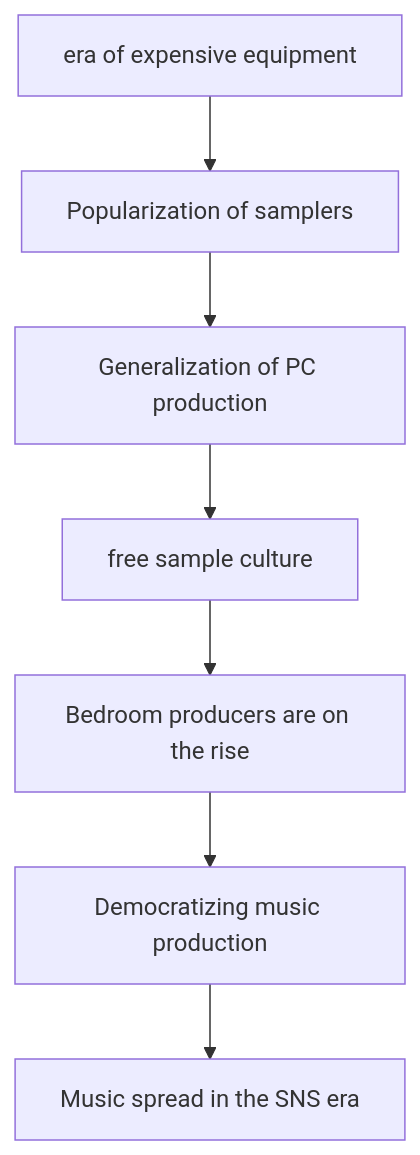
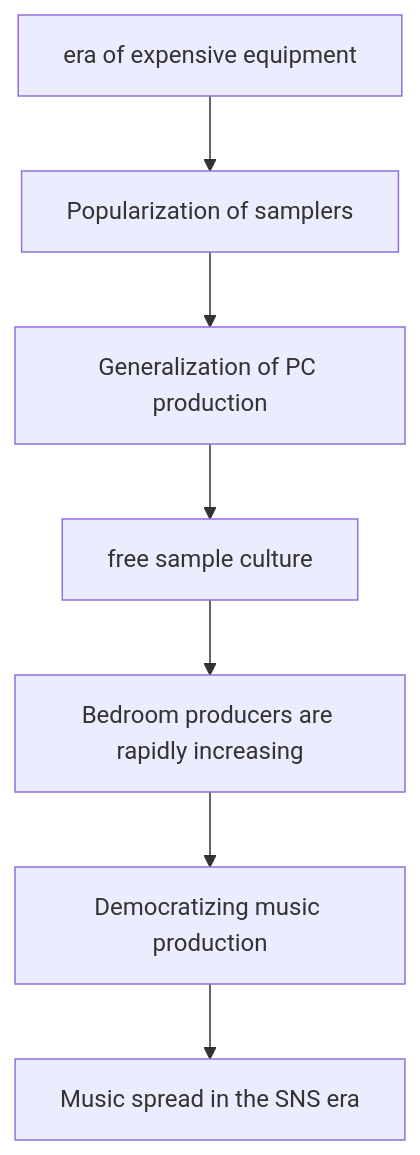
One commit to monumental-movement/monumental-movement.github.io changed the first of 8 diagrams in en/_posts/2026-05-24-column-free-sample-music.md. Above: the diagram before and after it, drawn with Mermaid. The commit also changed other lines of this file and 851 other files, not shown here.

```diff
--- a/en/_posts/2026-05-24-column-free-sample-music.md
+++ b/en/_posts/2026-05-24-column-free-sample-music.md
@@ -76,9 +76,9 @@
 <div class="mermaid">
 graph TD
 A[era of expensive equipment] --> B[Popularization of samplers]
 B --> C[Generalization of PC production]
 C --> D[free sample culture]
-D --> E[Bedroom producers are on the rise]
+D --> E[Bedroom producers are rapidly increasing]
 E --> F[Democratizing music production]
 F --> G[Music spread in the SNS era]
 </div>
```
